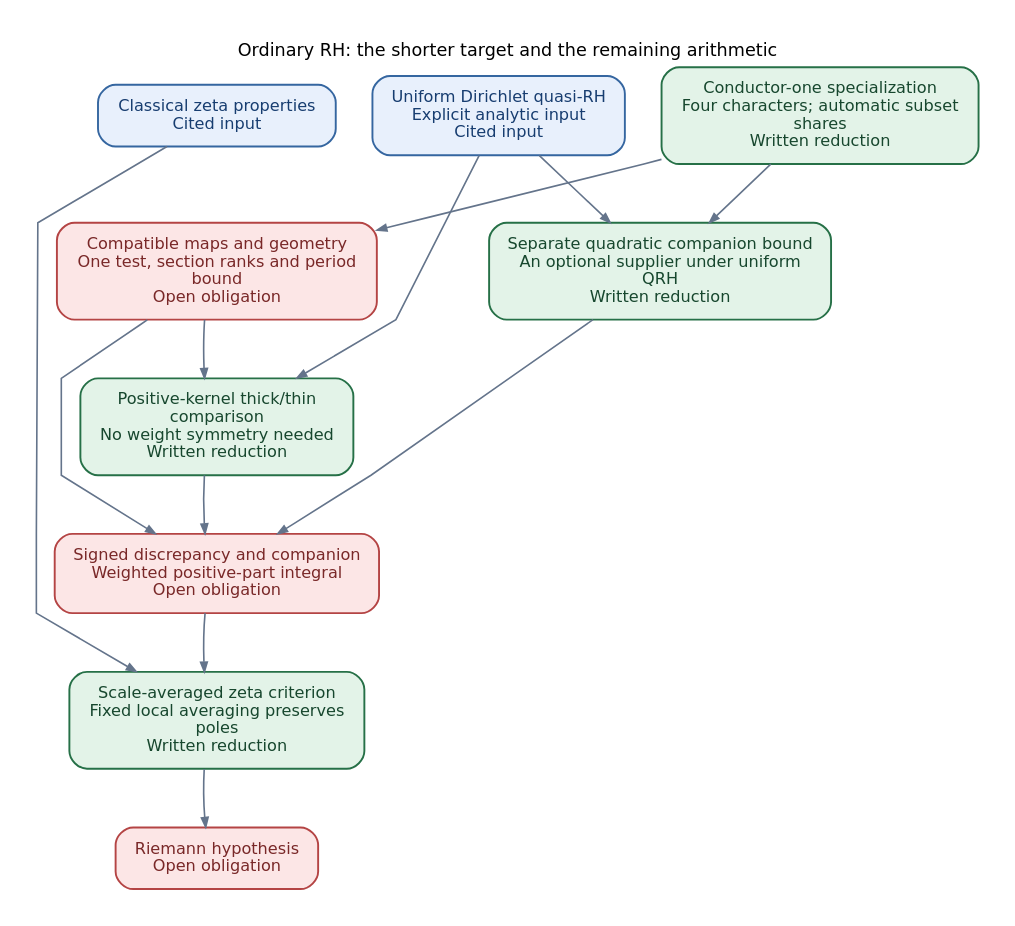
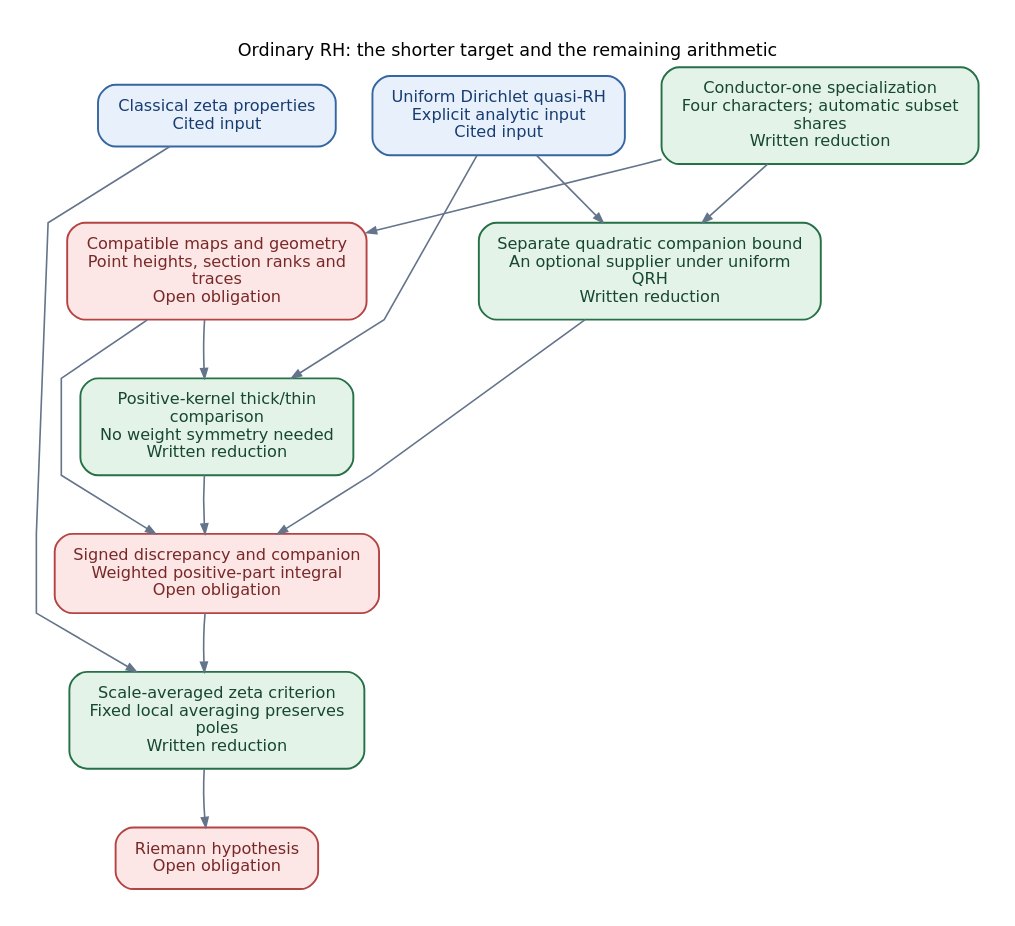
The diagram in blueprint/rh/proof.dot (JoseBrox/GRH_distillation), drawn with Graphviz before and after one commit. The commit also changed 58 other files, not shown here.

```diff
--- a/blueprint/rh/proof.dot
+++ b/blueprint/rh/proof.dot
@@ -1,43 +1,43 @@
 digraph proof {
 graph [rankdir=TB, bgcolor="white", pad="0.24", nodesep="0.30", ranksep="0.48",
   fontname="DejaVu Sans", fontsize=12, labelloc=t, label="Ordinary RH: the shorter target and the remaining arithmetic", splines=polyline];
 node [shape=box, style="rounded,filled", fontname="DejaVu Sans", fontsize=11,
   margin="0.18,0.12", penwidth=1.3];
 edge [color="#64748B", penwidth=1.1, arrowsize=0.65];
 graph [nodesep="0.35", ranksep="0.55"];
 "rh_classical" [label="Classical zeta properties\nCited input", fillcolor="#E8F0FC", color="#3566A0", fontcolor="#173D70"];
 "rh_qrh" [label="Uniform Dirichlet quasi-RH\nExplicit analytic input\nCited input", fillcolor="#E8F0FC", color="#3566A0", fontcolor="#173D70"];
 "rh_four" [label="Conductor-one specialization\nFour characters; automatic subset\nshares\nWritten reduction", fillcolor="#E3F3E8", color="#267047", fontcolor="#17472E"];
-"rh_data" [label="Compatible maps and geometry\nOne test, section ranks and period\nbound\nOpen obligation", fillcolor="#FCE6E6", color="#B44444", fontcolor="#792828"];
+"rh_data" [label="Compatible maps and geometry\nPoint heights, section ranks and\ntraces\nOpen obligation", fillcolor="#FCE6E6", color="#B44444", fontcolor="#792828"];
 "rh_transfer" [label="Positive-kernel thick/thin\ncomparison\nNo weight symmetry needed\nWritten reduction", fillcolor="#E3F3E8", color="#267047", fontcolor="#17472E"];
 "rh_companion" [label="Separate quadratic companion bound\nAn optional supplier under uniform\nQRH\nWritten reduction", fillcolor="#E3F3E8", color="#267047", fontcolor="#17472E"];
 "rh_bound" [label="Signed discrepancy and companion\nWeighted positive-part integral\nOpen obligation", fillcolor="#FCE6E6", color="#B44444", fontcolor="#792828"];
 "rh_criterion" [label="Scale-averaged zeta criterion\nFixed local averaging preserves\npoles\nWritten reduction", fillcolor="#E3F3E8", color="#267047", fontcolor="#17472E"];
 "rh_goal" [label="Riemann hypothesis\nOpen obligation", fillcolor="#FCE6E6", color="#B44444", fontcolor="#792828"];
 "rh_four" -> "rh_data";
 "rh_four" -> "rh_companion";
 "rh_qrh" -> "rh_companion";
 "rh_data" -> "rh_transfer";
 "rh_data" -> "rh_bound";
 "rh_transfer" -> "rh_bound";
 "rh_companion" -> "rh_bound";
 "rh_bound" -> "rh_criterion";
 "rh_classical" -> "rh_criterion";
 "rh_criterion" -> "rh_goal";
 "rh_qrh" -> "rh_transfer";
 {rank=same; "rh_classical"; "rh_qrh"; "rh_four";}
 {rank=same; "rh_data"; "rh_companion";}
 {rank=same; "rh_transfer";}
 {rank=same; "rh_bound";}
 {rank=same; "rh_criterion";}
 {rank=same; "rh_goal";}
 // Invisible edges below control layout only; they are not proof interfaces.
 "rh_classical" -> "rh_qrh" [style=invis, weight=50];
 "rh_qrh" -> "rh_four" [style=invis, weight=50];
 "rh_data" -> "rh_companion" [style=invis, weight=50];
 "rh_classical" -> "rh_data" [style=invis, weight=50];
 "rh_data" -> "rh_transfer" [style=invis, weight=50];
 "rh_transfer" -> "rh_bound" [style=invis, weight=50];
 "rh_bound" -> "rh_criterion" [style=invis, weight=50];
 "rh_criterion" -> "rh_goal" [style=invis, weight=50];
 }
```
